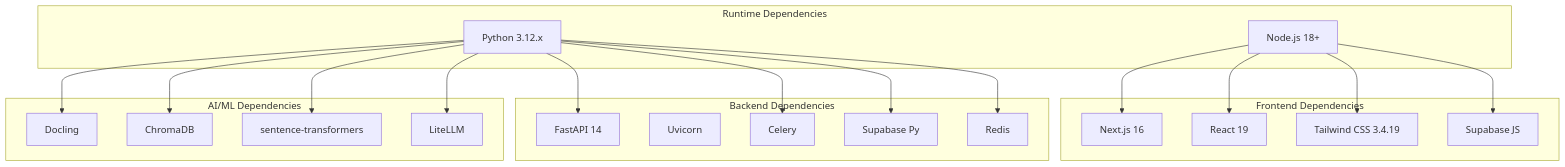
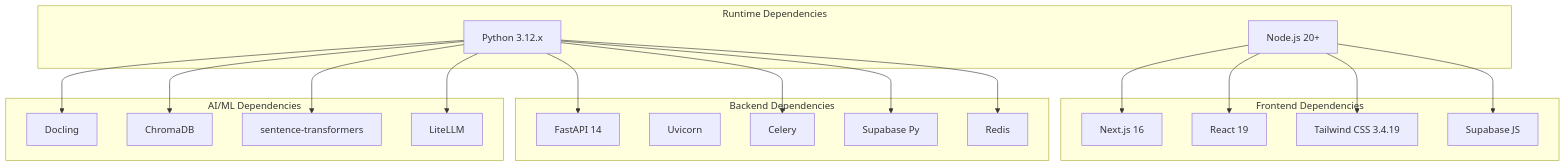
One commit to rohitkumarnaidu/ScholarFormAI changed the ninth of 9 diagrams in .docs/content/Architecture Overview/Technology Stack.md. Above: the diagram before and after it, drawn with Mermaid. The commit also changed 136 other files, not shown here.

````diff
--- a/.docs/content/Architecture Overview/Technology Stack.md
+++ b/.docs/content/Architecture Overview/Technology Stack.md
@@ -376,38 +376,38 @@
 ```mermaid
 graph TB
 subgraph "Runtime Dependencies"
 Python312["Python 3.12.x"]
-Node18["Node.js 18+"]
+Node18["Node.js 20+"]
 end
 subgraph "Frontend Dependencies"
 Next16["Next.js 16"]
 React19["React 19"]
 Tailwind34["Tailwind CSS 3.4.19"]
 SupabaseJS["Supabase JS"]
 end
 subgraph "Backend Dependencies"
 FastAPI14["FastAPI 14"]
 Uvicorn["Uvicorn"]
 Celery["Celery"]
 SupabasePy["Supabase Py"]
 RedisPy["Redis"]
 end
 subgraph "AI/ML Dependencies"
 Docling["Docling"]
 ChromaDB["ChromaDB"]
 Transformers["sentence-transformers"]
 LiteLLM["LiteLLM"]
 end
 Python312 --> FastAPI14
 Python312 --> Celery
 Python312 --> SupabasePy
 Python312 --> RedisPy
 Python312 --> Docling
 Python312 --> ChromaDB
 Python312 --> Transformers
 Python312 --> LiteLLM
 Node18 --> Next16
 Node18 --> React19
 Node18 --> Tailwind34
 Node18 --> SupabaseJS
 ```
````
